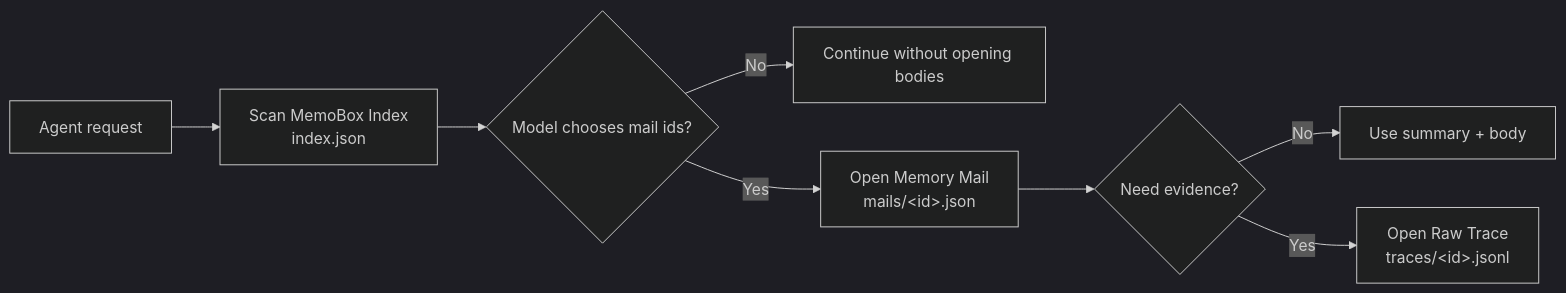
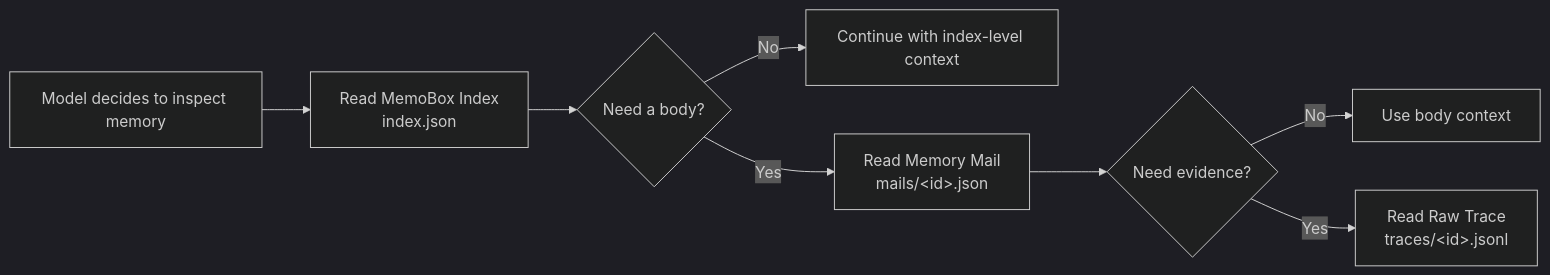
The diagram in README-EN.md (study8677/memobox), drawn with Mermaid (dark theme) before and after one commit. The commit also changed other lines of this file and 24 other files, not shown here.

Commit message:
Reframe MemoBox as model-readable storage

````diff
--- a/README-EN.md
+++ b/README-EN.md
@@ -118,10 +118,10 @@
 ```mermaid
 flowchart LR
-    A["Agent request"] --> B["Scan MemoBox Index<br/>index.json"]
-    B --> C{"Model chooses mail ids?"}
-    C -- "No" --> D["Continue without opening bodies"]
-    C -- "Yes" --> E["Open Memory Mail<br/>mails/&lt;id&gt;.json"]
+    A["Model decides to inspect memory"] --> B["Read MemoBox Index<br/>index.json"]
+    B --> C{"Need a body?"}
+    C -- "No" --> D["Continue with index-level context"]
+    C -- "Yes" --> E["Read Memory Mail<br/>mails/&lt;id&gt;.json"]
     E --> F{"Need evidence?"}
-    F -- "No" --> G["Use summary + body"]
-    F -- "Yes" --> H["Open Raw Trace<br/>traces/&lt;id&gt;.jsonl"]
+    F -- "No" --> G["Use body context"]
+    F -- "Yes" --> H["Read Raw Trace<br/>traces/&lt;id&gt;.jsonl"]
 ```
````
